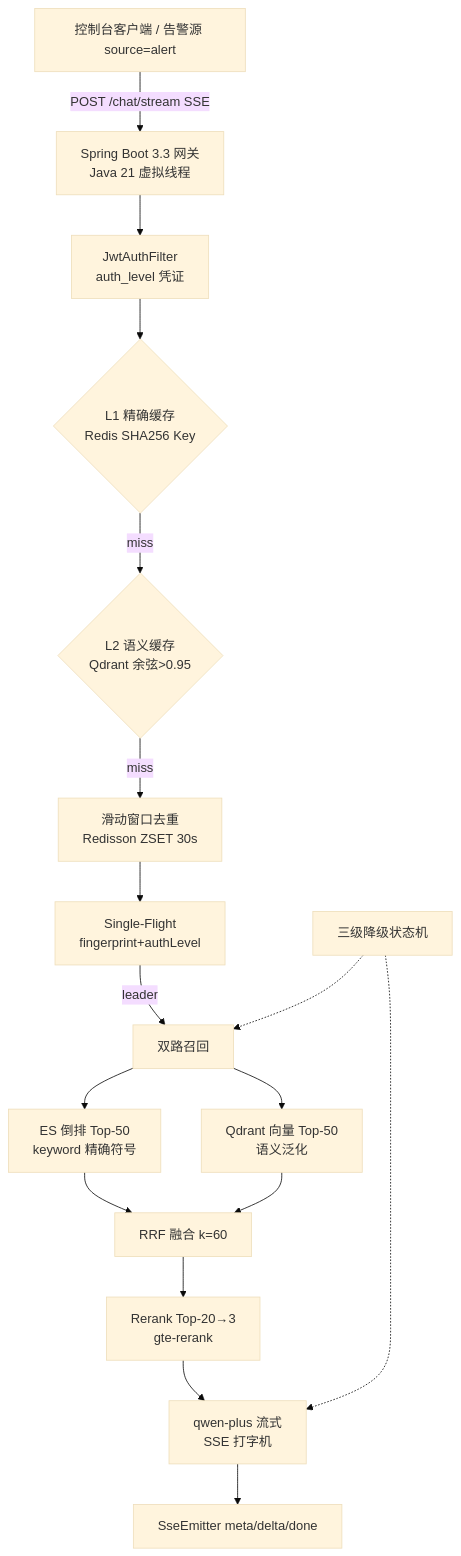
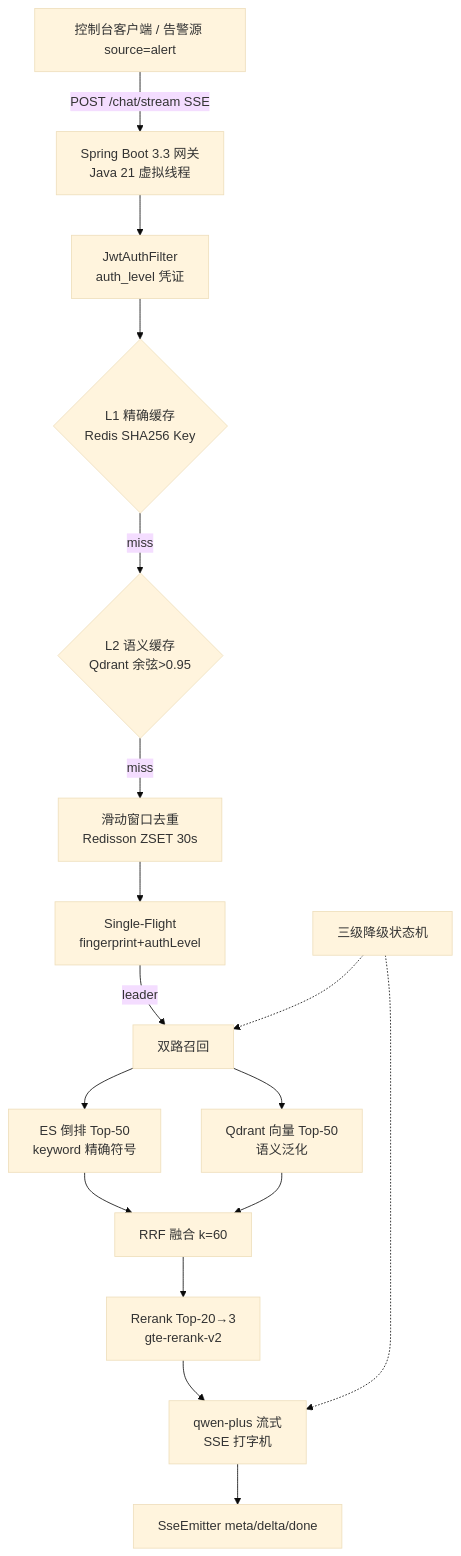
The first of 2 diagrams in README.md (shing26/opspilot-aiops), drawn with Mermaid (base theme) before and after one commit. The commit also changed other lines of this file and 12 other files, not shown here.

````diff
--- a/README.md
+++ b/README.md
@@ -20,19 +22,19 @@
 ```mermaid
 flowchart TD
     C[控制台客户端 / 告警源 source=alert] -->|POST /chat/stream SSE| G[Spring Boot 3.3 网关<br/>Java 21 虚拟线程]
     G --> JWT[JwtAuthFilter<br/>auth_level 凭证]
     JWT --> L1{L1 精确缓存<br/>Redis SHA256 Key}
     L1 -->|miss| L2{L2 语义缓存<br/>Qdrant 余弦>0.95}
     L2 -->|miss| SW[滑动窗口去重<br/>Redisson ZSET 30s]
     SW --> SF[Single-Flight<br/>fingerprint+authLevel]
     SF -->|leader| RS[双路召回]
     RS --> ES[ES 倒排 Top-50<br/>keyword 精确符号]
     RS --> QD[Qdrant 向量 Top-50<br/>语义泛化]
     ES --> RRF[RRF 融合 k=60]
     QD --> RRF
-    RRF --> RK[Rerank Top-20→3<br/>gte-rerank]
+    RRF --> RK[Rerank Top-20→3<br/>gte-rerank-v2]
     RK --> LLM[qwen-plus 流式<br/>SSE 打字机]
     LLM --> EM[SseEmitter meta/delta/done]
     DG[三级降级状态机] -.-> RS
     DG -.-> LLM
 ```
````
